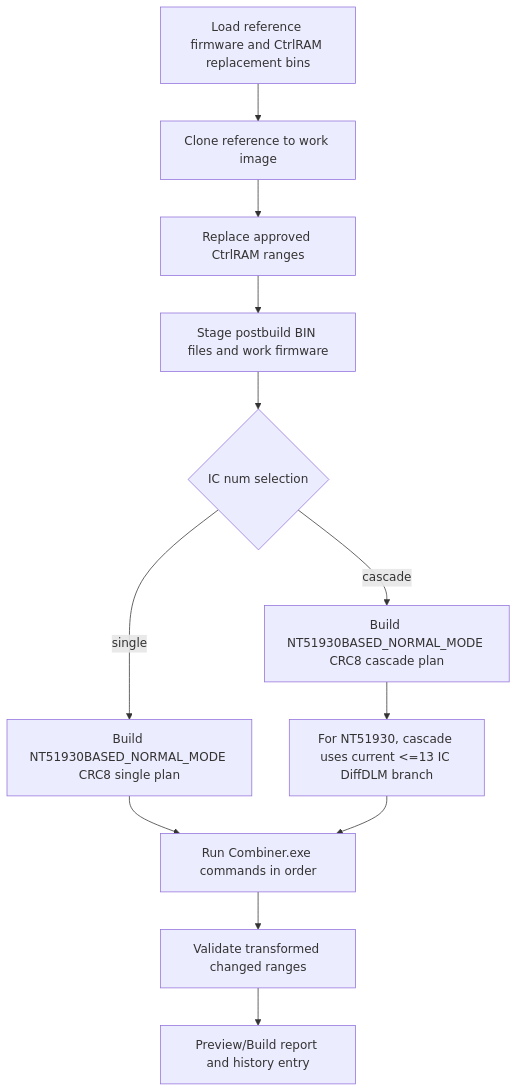
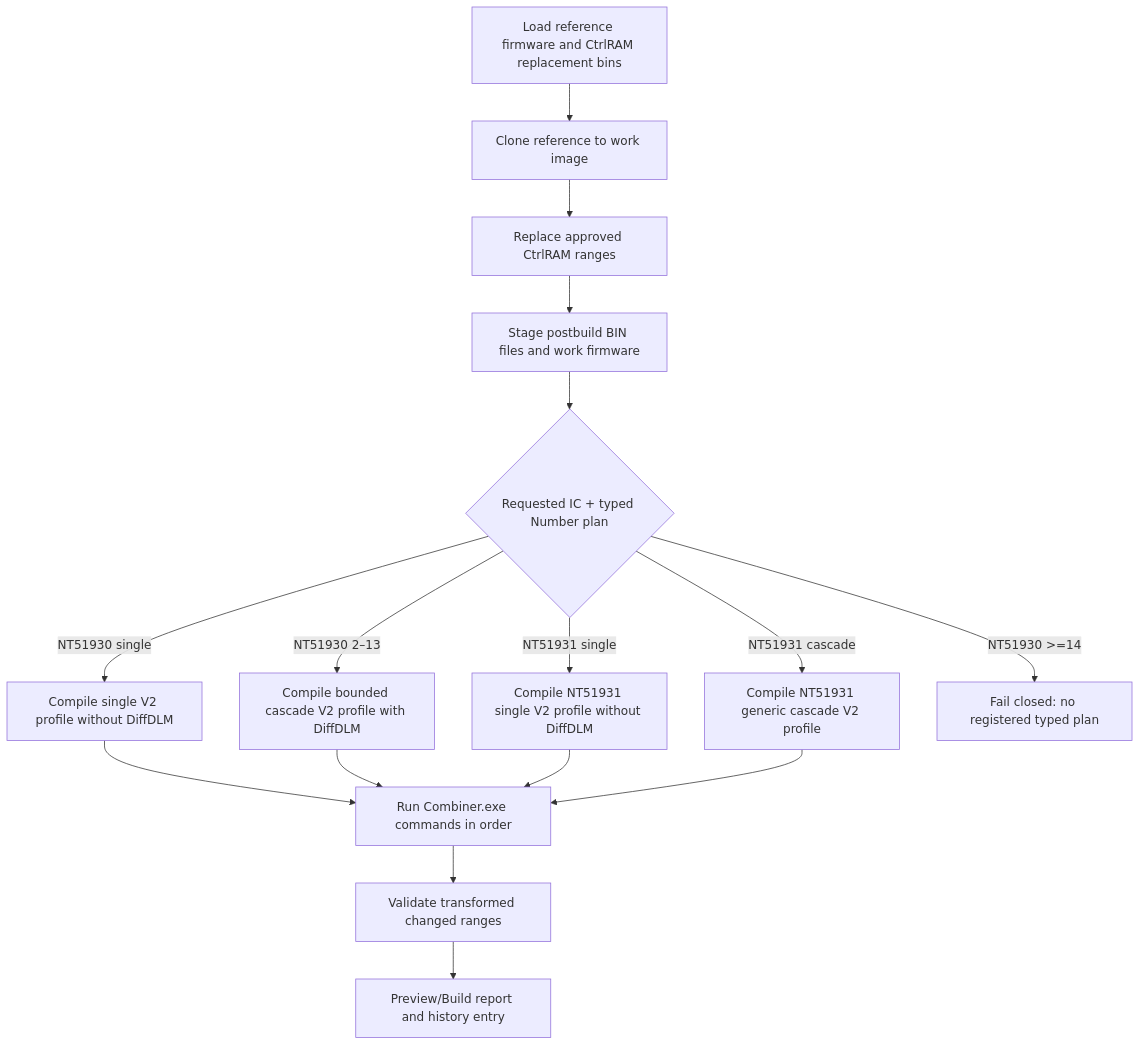
Diagram 11 of 13 in docs/architecture/ic-workflow-flowcharts.md (Dennis40816/nvt_fw_combiner), drawn with Mermaid before and after one commit. The commit also changed other lines of this file and 133 other files, not shown here.

````diff
--- a/docs/architecture/ic-workflow-flowcharts.md
+++ b/docs/architecture/ic-workflow-flowcharts.md
@@ -278,14 +279,18 @@
 ```mermaid
 flowchart TD
     A["Load reference firmware and CtrlRAM replacement bins"] --> B["Clone reference to work image"]
     B --> C["Replace approved CtrlRAM ranges"]
     C --> D["Stage postbuild BIN files and work firmware"]
-    D --> E{"IC num selection"}
-    E -- "single" --> F["Build NT51930BASED_NORMAL_MODE CRC8 single plan"]
-    E -- "cascade" --> G["Build NT51930BASED_NORMAL_MODE CRC8 cascade plan"]
-    G --> H["For NT51930, cascade uses current <=13 IC DiffDLM branch"]
+    D --> E{"Requested IC + typed Number plan"}
+    E -- "NT51930 single" --> F["Compile single V2 profile without DiffDLM"]
+    E -- "NT51930 2–13" --> G["Compile bounded cascade V2 profile with DiffDLM"]
+    E -- "NT51931 single" --> H["Compile NT51931 single V2 profile without DiffDLM"]
+    E -- "NT51931 cascade" --> L["Compile NT51931 generic cascade V2 profile"]
+    E -- "NT51930 >=14" --> X["Fail closed: no registered typed plan"]
     F --> I["Run Combiner.exe commands in order"]
+    G --> I
     H --> I
+    L --> I
     I --> J["Validate transformed changed ranges"]
     J --> K["Preview/Build report and history entry"]
 ```
````
